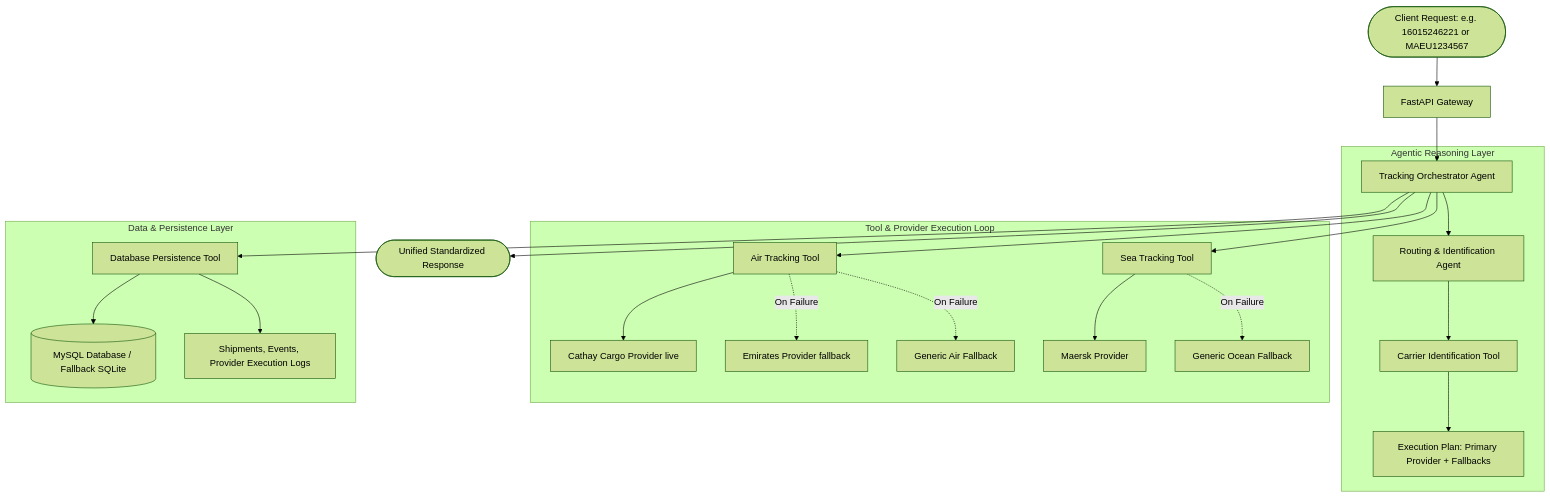
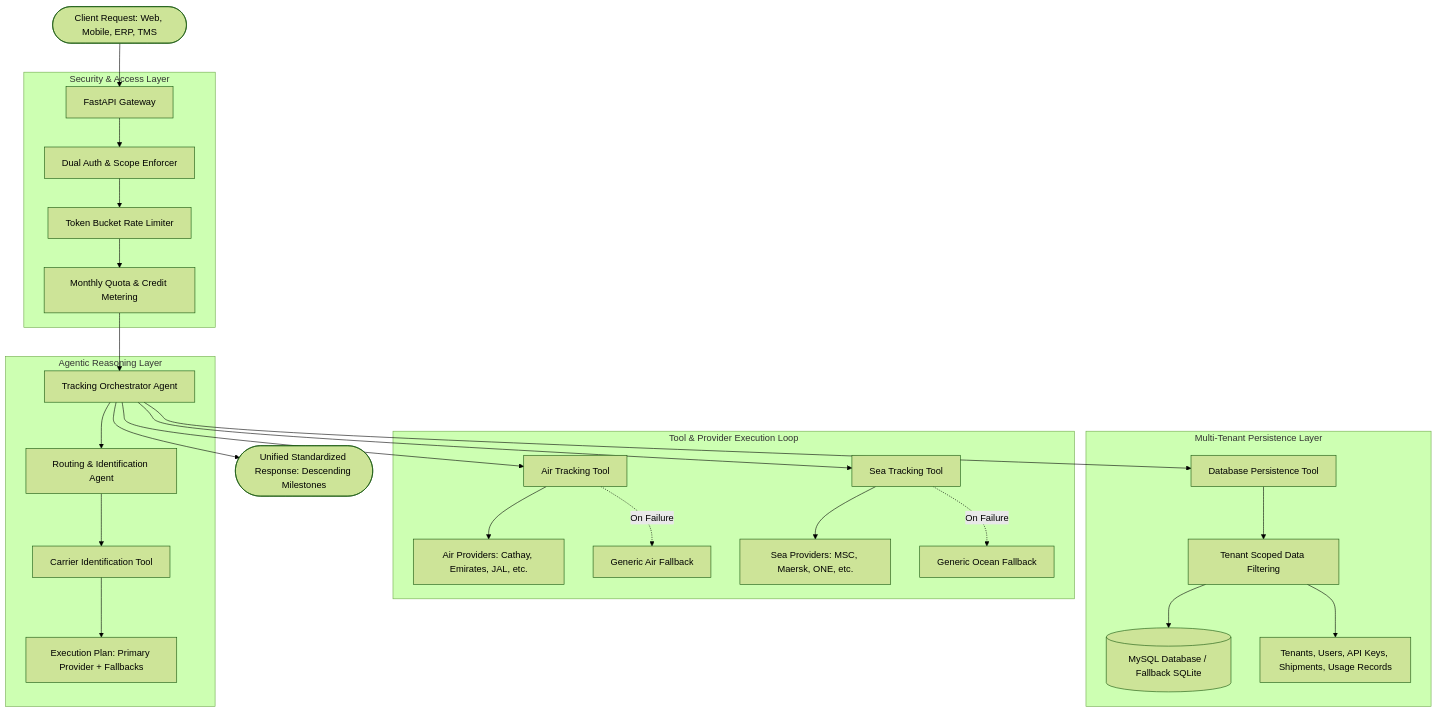
One commit to nilesh154404/cargo-tracking changed the diagram in shipment-tracking/README.md. Above: the diagram before and after it, drawn with Mermaid (forest theme). The commit also changed other lines of this file and 94 other files, not shown here.

Commit message:
feat: multi-tenant cargo platform with Next.js frontend, mock tracking preview, secure Swagger docs, and DB exports

````diff
--- a/shipment-tracking/README.md
+++ b/shipment-tracking/README.md
@@ -9,31 +9,37 @@
 ```mermaid
 flowchart TD
-    Client([Client Request: e.g. 16015246221 or MAEU1234567]) --> API[FastAPI Gateway]
-    API --> MasterAgent[Tracking Orchestrator Agent]
+    Client([Client Request: Web, Mobile, ERP, TMS]) --> Ingress[FastAPI Gateway]
     
+    subgraph Security & Access Layer
+        Ingress --> AuthEngine[Dual Auth & Scope Enforcer]
+        AuthEngine --> RateLimiter[Token Bucket Rate Limiter]
+        RateLimiter --> QuotaGuard[Monthly Quota & Credit Metering]
+    end
+
     subgraph Agentic Reasoning Layer
+        QuotaGuard --> MasterAgent[Tracking Orchestrator Agent]
         MasterAgent --> RoutingAgent[Routing & Identification Agent]
         RoutingAgent --> CarrierTool[Carrier Identification Tool]
         CarrierTool --> Plan[Execution Plan: Primary Provider + Fallbacks]
     end
 
     subgraph Tool & Provider Execution Loop
         MasterAgent --> AirTool[Air Tracking Tool]
         MasterAgent --> SeaTool[Sea Tracking Tool]
         
-        AirTool --> ProviderCathay[Cathay Cargo Provider live]
-        AirTool -.->|On Failure| ProviderEK[Emirates Provider fallback]
+        AirTool --> ProviderAir[Air Providers: Cathay, Emirates, JAL, etc.]
         AirTool -.->|On Failure| ProviderAirGeneric[Generic Air Fallback]
         
-        SeaTool --> ProviderMaersk[Maersk Provider]
+        SeaTool --> ProviderSea[Sea Providers: MSC, Maersk, ONE, etc.]
         SeaTool -.->|On Failure| ProviderSeaGeneric[Generic Ocean Fallback]
     end
 
-    subgraph Data & Persistence Layer
+    subgraph Multi-Tenant Persistence Layer
         MasterAgent --> DBTool[Database Persistence Tool]
-        DBTool --> MySQL[(MySQL Database / Fallback SQLite)]
-        DBTool --> Records[Shipments, Events, Provider Execution Logs]
+        DBTool --> Isolation[Tenant Scoped Data Filtering]
+        Isolation --> MySQL[(MySQL Database / Fallback SQLite)]
+        Isolation --> Records[Tenants, Users, API Keys, Shipments, Usage Records]
     end
 
-    MasterAgent --> Response([Unified Standardized Response])
+    MasterAgent --> Response([Unified Standardized Response: Descending Milestones])
 ```
````
